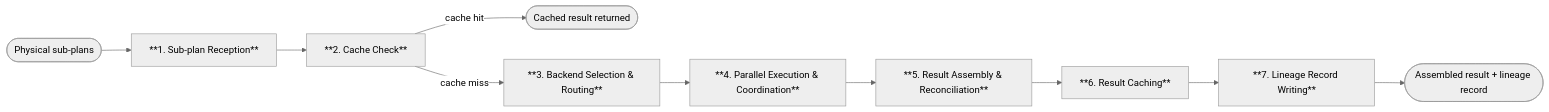
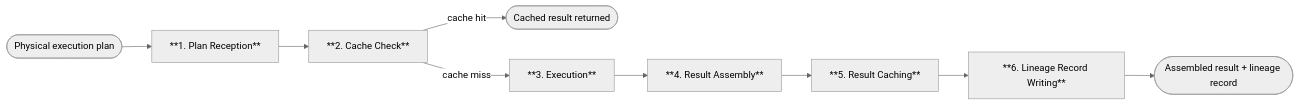
The eighth of 8 diagrams in docs/product/analytics/01-core-capabilities.md (M-A-Operating-System/shared-work), drawn with Mermaid (neutral theme) before and after one commit. The commit also changed other lines of this file and 1 other file, not shown here.

````diff
--- a/docs/product/analytics/01-core-capabilities.md
+++ b/docs/product/analytics/01-core-capabilities.md
@@ -909,18 +889,17 @@
 ```mermaid
 flowchart LR
-    START(["Physical sub-plans"])
-    S1["**1. Sub-plan Reception**"]
+    START(["Physical execution plan"])
+    S1["**1. Plan Reception**"]
     S2["**2. Cache Check**"]
     CACHED(["Cached result returned"])
-    S3["**3. Backend Selection & Routing**"]
-    S4["**4. Parallel Execution & Coordination**"]
-    S5["**5. Result Assembly & Reconciliation**"]
-    S6["**6. Result Caching**"]
-    S7["**7. Lineage Record Writing**"]
+    S3["**3. Execution**"]
+    S4["**4. Result Assembly**"]
+    S5["**5. Result Caching**"]
+    S6["**6. Lineage Record Writing**"]
     RESULT(["Assembled result + lineage record"])
 
     START --> S1 --> S2
     S2 -->|cache hit| CACHED
     S2 -->|cache miss| S3
-    S3 --> S4 --> S5 --> S6 --> S7 --> RESULT
+    S3 --> S4 --> S5 --> S6 --> RESULT
 ```
````
